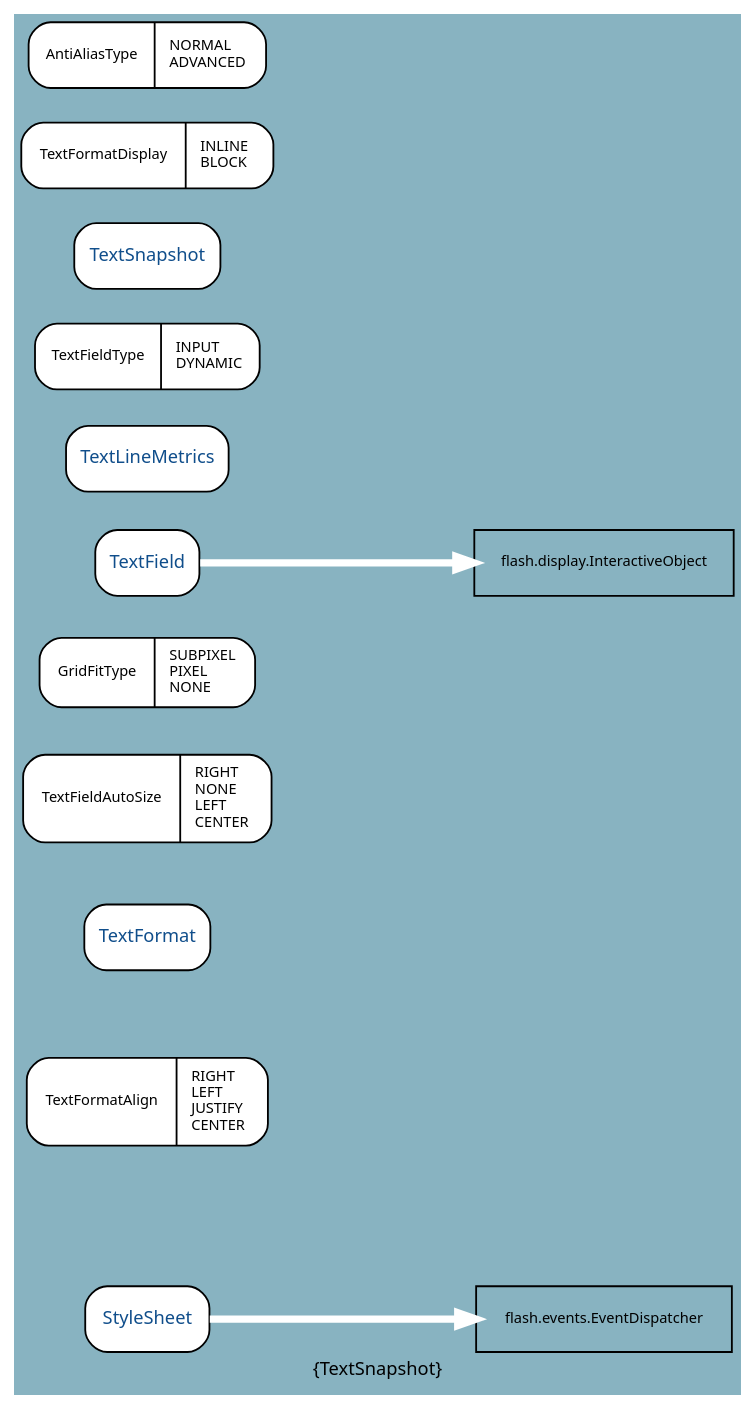
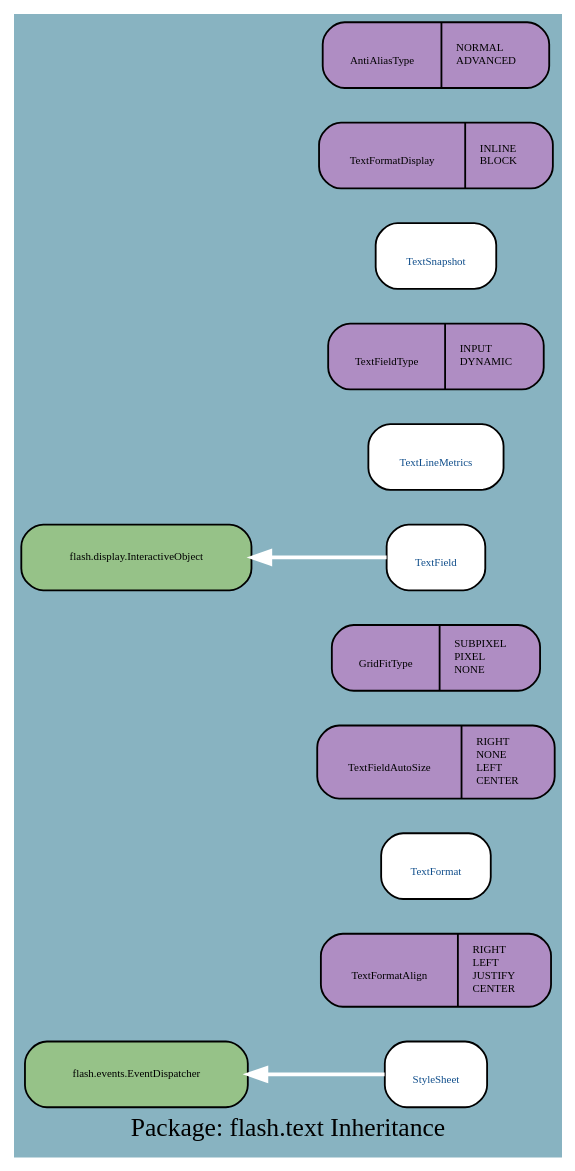
Before and after one commit to google-code-export/haxegui: the diagram in docs/uml/flash.text_I.dot, drawn with Graphviz. The commit also changed 398 other files, not shown here.

```diff
--- a/docs/uml/flash.text_I.dot
+++ b/docs/uml/flash.text_I.dot
@@ -1,23 +1,22 @@
 digraph uml {
-	graph [label="Package: flash.text Inheritance", ratio=compress, rankdir=LR, size="24,12", overlap=false, fontname=Sans, fontsize=10, bgcolor="#88B3C1", fontcolor=black];
-	node [label="\N", fontname=Sans, fontsize=8, shape=record, color=black, fontcolor=black];
-	edge [fontname=Sans, fontsize=8, minlen=3, color=black, fontcolor=black];
-	graph [label="{TextSnapshot}",
-		lp="197,10",
-		bb="0,0,394,868"];
-	"flash.text.StyleSheet" [label="{StyleSheet}", fontsize=10, fontcolor="#104E8B", style="rounded,filled", fillcolor=white, URL="../types/flash/text/StyleSheet.html", tooltip=StyleSheet, portPos=e, pos="69,39", rects="35,21,104,57", width="0.94", height="0.50"];
-	"flash.events.EventDispatcher" [pos="322,39", rects="252,21,393,57", width="1.94", height="0.50"];
-	"flash.text.TextFormatAlign" [label="{TextFormatAlign|RIGHT\lLEFT\lJUSTIFY\lCENTER\l}", style="rounded,filled", fillcolor=white, pos="69,222", rects="3,198,86,246 86,198,135,246", width="1.83", height="0.67"];
-	"flash.text.TextFormat" [label="{TextFormat}", fontsize=10, fontcolor="#104E8B", style="rounded,filled", fillcolor=white, URL="../types/flash/text/TextFormat.html", tooltip=TextFormat, portPos=e, pos="69,343", rects="35,325,104,361", width="0.94", height="0.50"];
-	"flash.text.TextFieldAutoSize" [label="{TextFieldAutoSize|RIGHT\lNONE\lLEFT\lCENTER\l}", style="rounded,filled", fillcolor=white, pos="69,434", rects="1,410,88,458 88,410,137,458", width="1.89", height="0.67"];
-	"flash.text.GridFitType" [label="{GridFitType|SUBPIXEL\lPIXEL\lNONE\l}", style="rounded,filled", fillcolor=white, pos="69,510", rects="10,491,72,529 72,491,129,529", width="1.64", height="0.53"];
-	"flash.text.TextField" [label="{TextField}", fontsize=10, fontcolor="#104E8B", style="rounded,filled", fillcolor=white, URL="../types/flash/text/TextField.html", tooltip=TextField, portPos=e, pos="69,573", rects="41,555,97,591", width="0.78", height="0.50"];
-	"flash.display.InteractiveObject" [pos="322,573", rects="251,555,394,591", width="1.97", height="0.50"];
-	"flash.text.TextLineMetrics" [label="{TextLineMetrics}", fontsize=10, fontcolor="#104E8B", style="rounded,filled", fillcolor=white, URL="../types/flash/text/TextLineMetrics.html", tooltip=TextLineMetrics, portPos=e, pos="69,631", rects="25,613,114,649", width="1.22", height="0.50"];
-	"flash.text.TextFieldType" [label="{TextFieldType|INPUT\lDYNAMIC\l}", style="rounded,filled", fillcolor=white, pos="69,687", rects="8,669,78,705 78,669,131,705", width="1.69", height="0.50"];
-	"flash.text.TextSnapshot" [label="{TextSnapshot}", fontsize=10, fontcolor="#104E8B", style="rounded,filled", fillcolor=white, URL="../types/flash/text/TextSnapshot.html", tooltip=TextSnapshot, portPos=e, pos="69,742", rects="29,724,110,760", width="1.11", height="0.50"];
-	"flash.text.TextFormatDisplay" [label="{TextFormatDisplay|INLINE\lBLOCK\l}", style="rounded,filled", fillcolor=white, pos="69,796", rects="0,778,93,814 93,778,138,814", width="1.92", height="0.50"];
-	"flash.text.AntiAliasType" [label="{AntiAliasType|NORMAL\lADVANCED\l}", style="rounded,filled", fillcolor=white, pos="69,850", rects="4,832,75,868 75,832,135,868", width="1.81", height="0.50"];
-	"flash.text.StyleSheet" -> "flash.events.EventDispatcher" [color=white, style="setlinewidth(4)", arrowhead=normal, arrowsize="1.0", pos="e,252,39 104,39 139,39 196,39 242,39"];
-	"flash.text.TextField" -> "flash.display.InteractiveObject" [color=white, style="setlinewidth(4)", arrowhead=normal, arrowsize="1.0", pos="e,251,573 97,573 132,573 192,573 241,573"];
+	graph [label="Package: flash.text Inheritance", ratio=compress, rankdir=RL, smoothing=avg_dist, overlap=compress, packMode="graph", labelloc=c, fontname="DejaVu Sans Condenesed", fontsize=14, bgcolor="#88B3C1", fontcolor=black];
+	node [label="\N", style="rounded,filled", fillcolor="#96c288", fontcolor="#104E8B", fontname="FFF Harmony", fontsize=6, shape=record, color=black];
+	edge [fontname=Sans, fontsize=8, minlen="1.2", color=black, fontcolor=black];
+	graph [lp="146,12",
+		bb="0,0,292,609"];
+	"flash.text.StyleSheet" [label="{\nStyleSheet}", fillcolor=white, URL="../types/flash/text/StyleSheet.html", tooltip="\nStyleSheet", portPos=w, pos="227,43", rects="199,25,256,61", width="0.78", height="0.50"];
+	"flash.events.EventDispatcher" [fontcolor=black, pos="63,43", rects="2,25,125,61", width="1.69", height="0.50"];
+	"flash.text.TextFormatAlign" [label="{\nTextFormatAlign|RIGHT\lLEFT\lJUSTIFY\lCENTER\l}", fillcolor="#af8dc3", fontcolor=black, pos="227,99", rects="164,79,241,119 241,79,290,119", width="1.75", height="0.56"];
+	"flash.text.TextFormat" [label="{\nTextFormat}", fillcolor=white, URL="../types/flash/text/TextFormat.html", tooltip="\nTextFormat", portPos=w, pos="227,155", rects="197,137,257,173", width="0.83", height="0.50"];
+	"flash.text.TextFieldAutoSize" [label="{\nTextFieldAutoSize|RIGHT\lNONE\lLEFT\lCENTER\l}", fillcolor="#af8dc3", fontcolor=black, pos="227,211", rects="162,191,244,231 244,191,292,231", width="1.81", height="0.56"];
+	"flash.text.GridFitType" [label="{\nGridFitType|SUBPIXEL\lPIXEL\lNONE\l}", fillcolor="#af8dc3", fontcolor=black, pos="227,267", rects="170,249,230,285 230,249,284,285", width="1.58", height="0.50"];
+	"flash.text.TextField" [label="{\nTextField}", fillcolor=white, URL="../types/flash/text/TextField.html", tooltip="\nTextField", portPos=w, pos="227,321", rects="200,303,254,339", width="0.75", height="0.50"];
+	"flash.display.InteractiveObject" [fontcolor=black, pos="63,321", rects="0,303,126,339", width="1.75", height="0.50"];
+	"flash.text.TextLineMetrics" [label="{\nTextLineMetrics}", fillcolor=white, URL="../types/flash/text/TextLineMetrics.html", tooltip="\nTextLineMetrics", portPos=w, pos="227,375", rects="190,357,265,393", width="1.03", height="0.50"];
+	"flash.text.TextFieldType" [label="{\nTextFieldType|INPUT\lDYNAMIC\l}", fillcolor="#af8dc3", fontcolor=black, pos="227,429", rects="168,411,236,447 236,411,287,447", width="1.64", height="0.50"];
+	"flash.text.TextSnapshot" [label="{\nTextSnapshot}", fillcolor=white, URL="../types/flash/text/TextSnapshot.html", tooltip="\nTextSnapshot", portPos=w, pos="227,483", rects="194,465,261,501", width="0.92", height="0.50"];
+	"flash.text.TextFormatDisplay" [label="{\nTextFormatDisplay|INLINE\lBLOCK\l}", fillcolor="#af8dc3", fontcolor=black, pos="227,537", rects="163,519,248,555 248,519,291,555", width="1.78", height="0.50"];
+	"flash.text.AntiAliasType" [label="{\nAntiAliasType|NORMAL\lADVANCED\l}", fillcolor="#af8dc3", fontcolor=black, pos="227,591", rects="165,573,230,609 230,573,290,609", width="1.72", height="0.50"];
+	"flash.text.StyleSheet" -> "flash.events.EventDispatcher" [color=white, style=bold, arrowhead=normal, arrowsize="1.0", pos="e,125,43 199,43 182,43 158,43 135,43"];
+	"flash.text.TextField" -> "flash.display.InteractiveObject" [color=white, style=bold, arrowhead=normal, arrowsize="1.0", pos="e,126,321 200,321 183,321 159,321 136,321"];
 }
```
